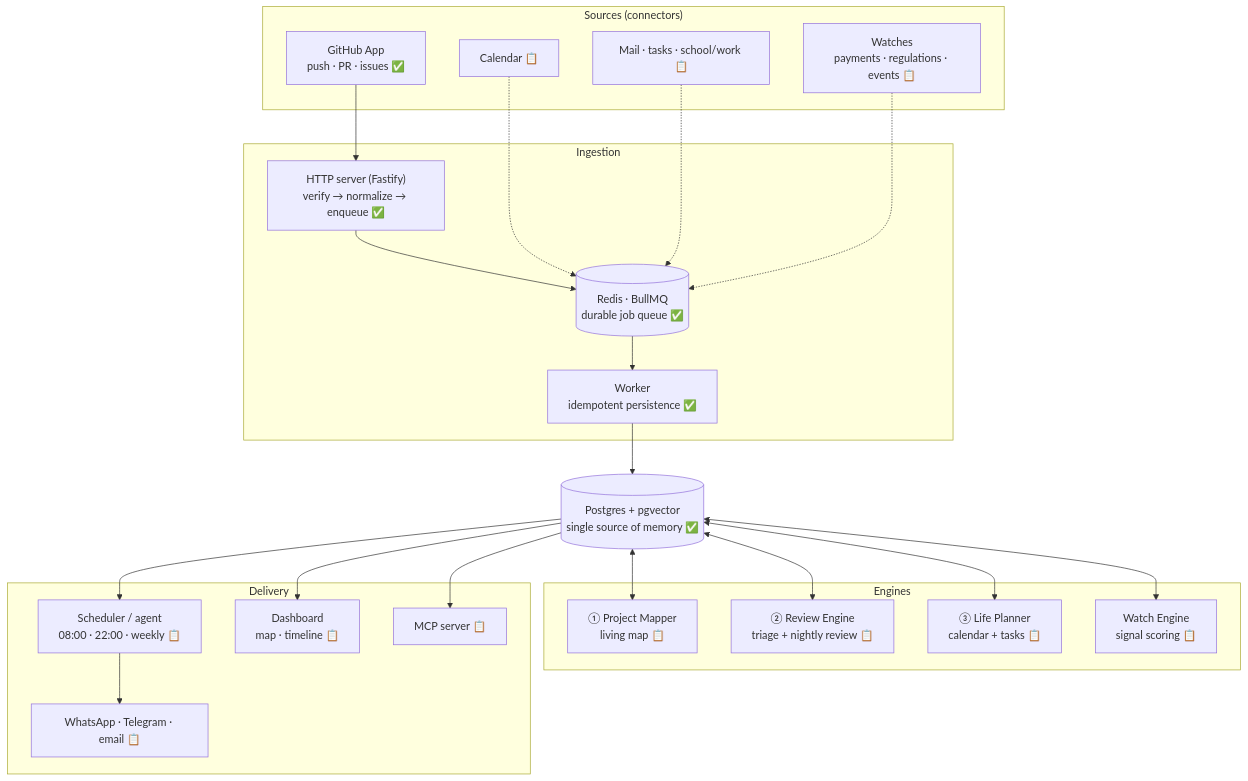
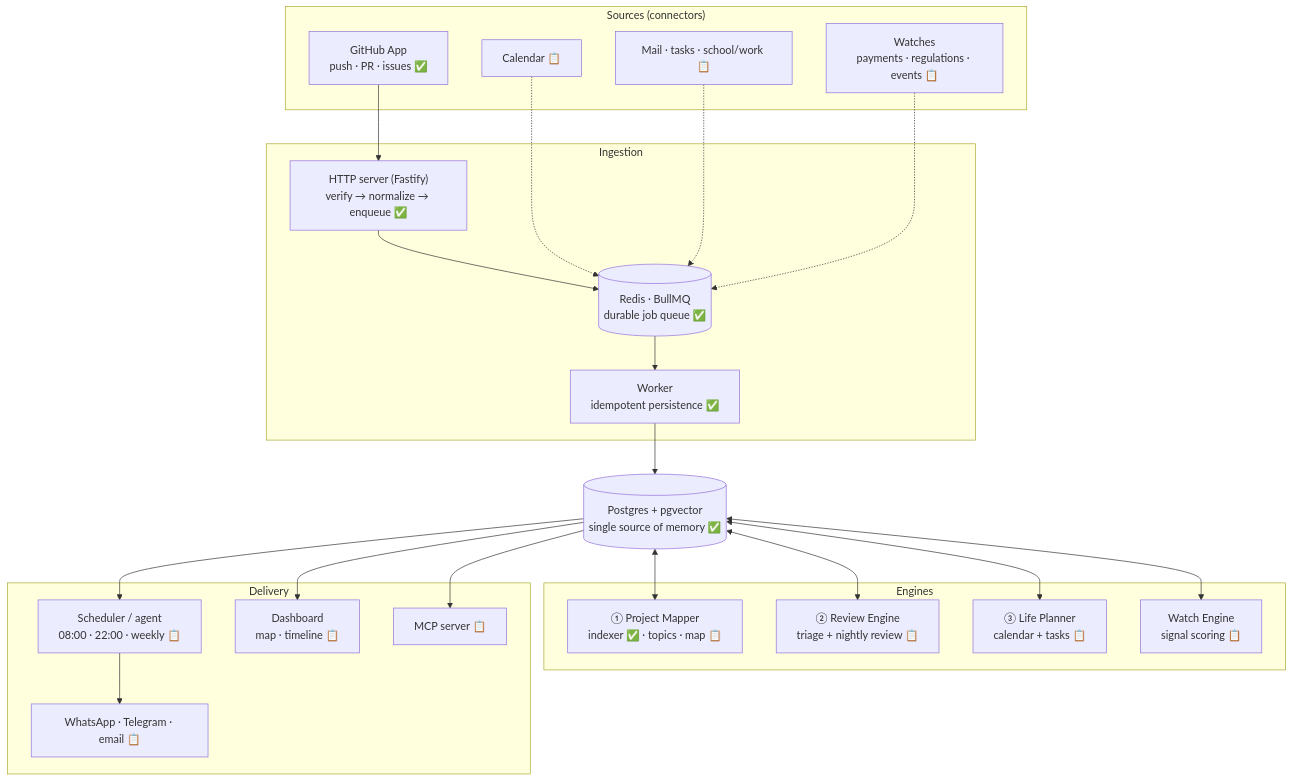
Before and after one commit to Tunaycel/waymark: the first of 5 diagrams in docs/ARCHITECTURE.md, drawn with Mermaid. The commit also changed other lines of this file and 8 other files, not shown here.

````diff
--- a/docs/ARCHITECTURE.md
+++ b/docs/ARCHITECTURE.md
@@ -18,38 +18,38 @@
 ```mermaid
 flowchart TB
   subgraph Sources["Sources (connectors)"]
     GH["GitHub App<br/>push · PR · issues ✅"]
     CAL["Calendar 📋"]
     MAIL["Mail · tasks · school/work 📋"]
     WATCH["Watches<br/>payments · regulations · events 📋"]
   end
 
   subgraph Ingest["Ingestion"]
     API["HTTP server (Fastify)<br/>verify → normalize → enqueue ✅"]
     Q[("Redis · BullMQ<br/>durable job queue ✅")]
     W["Worker<br/>idempotent persistence ✅"]
   end
 
   subgraph Engines["Engines"]
-    MAP["① Project Mapper<br/>living map 📋"]
+    MAP["① Project Mapper<br/>indexer ✅ · topics · map 📋"]
     REV["② Review Engine<br/>triage + nightly review 📋"]
     PLAN["③ Life Planner<br/>calendar + tasks 📋"]
     SIG["Watch Engine<br/>signal scoring 📋"]
   end
 
   DB[("Postgres + pgvector<br/>single source of memory ✅")]
 
   subgraph Out["Delivery"]
     ORCH["Scheduler / agent<br/>08:00 · 22:00 · weekly 📋"]
     DASH["Dashboard<br/>map · timeline 📋"]
     MSG["WhatsApp · Telegram · email 📋"]
     MCP["MCP server 📋"]
   end
 
   GH --> API --> Q --> W --> DB
   CAL & MAIL & WATCH -.-> Q
   DB <--> MAP & REV & PLAN & SIG
   DB --> ORCH --> MSG
   DB --> DASH
   DB --> MCP
 ```
````
